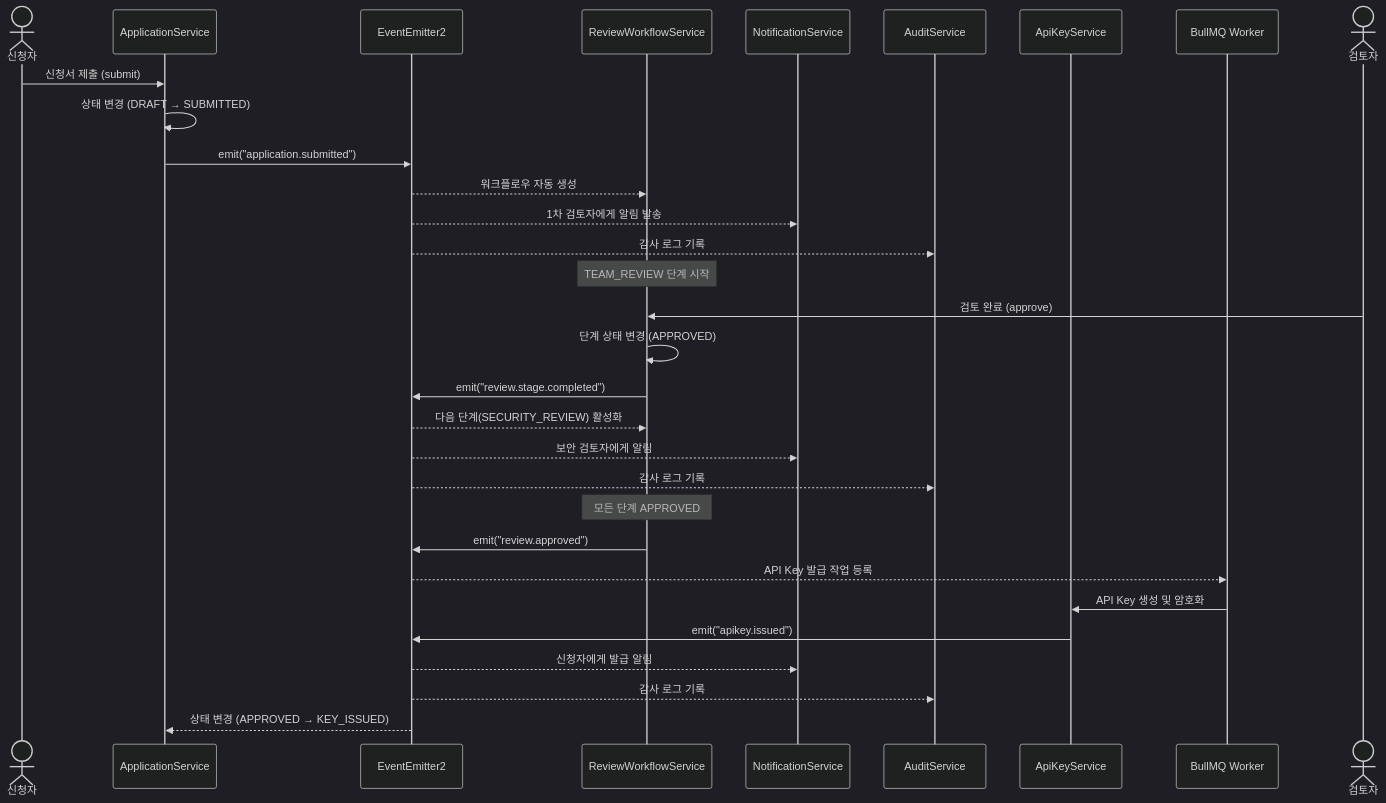
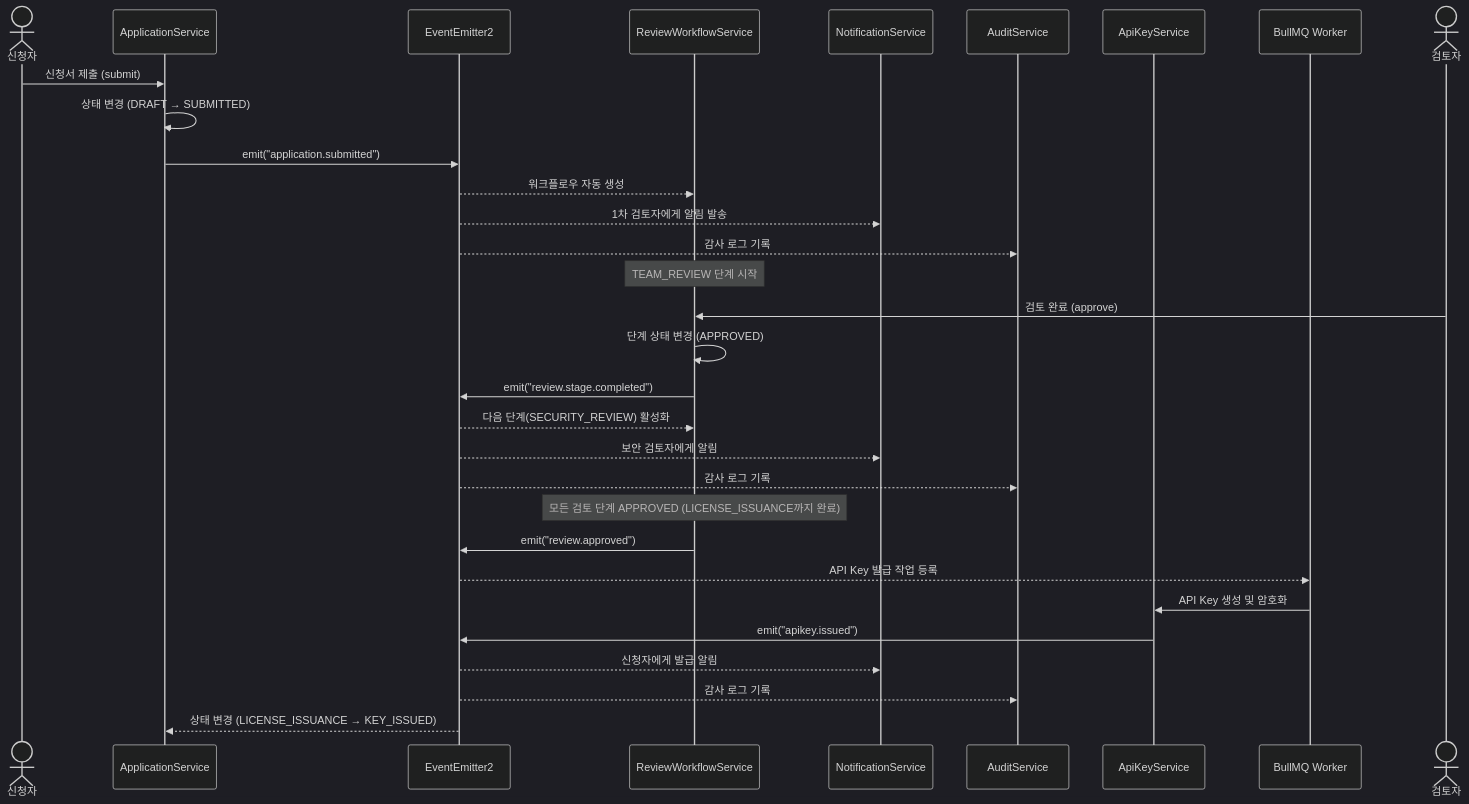
One commit to nuriguri1228/codehub-manage-aitool changed the fifth of 15 diagrams in docs/03_아키텍처_설계서.md. Above: the diagram before and after it, drawn with Mermaid (dark theme). The commit also changed other lines of this file and 10 other files, not shown here.

First line of the commit message:
Implement LICENSE_ISSUANCE feature and update all docs to new review flow

````diff
--- a/docs/03_아키텍처_설계서.md
+++ b/docs/03_아키텍처_설계서.md
@@ -532,38 +532,38 @@
 ```mermaid
 sequenceDiagram
     actor Applicant as 신청자
     participant App as ApplicationService
     participant Event as EventEmitter2
     participant Review as ReviewWorkflowService
     participant Notify as NotificationService
     participant Audit as AuditService
     participant ApiKey as ApiKeyService
     participant Queue as BullMQ Worker
 
     Applicant->>App: 신청서 제출 (submit)
     App->>App: 상태 변경 (DRAFT → SUBMITTED)
     App->>Event: emit("application.submitted")
     Event-->>Review: 워크플로우 자동 생성
     Event-->>Notify: 1차 검토자에게 알림 발송
     Event-->>Audit: 감사 로그 기록
 
     Note over Review: TEAM_REVIEW 단계 시작
 
     actor Reviewer as 검토자
     Reviewer->>Review: 검토 완료 (approve)
     Review->>Review: 단계 상태 변경 (APPROVED)
     Review->>Event: emit("review.stage.completed")
     Event-->>Review: 다음 단계(SECURITY_REVIEW) 활성화
     Event-->>Notify: 보안 검토자에게 알림
     Event-->>Audit: 감사 로그 기록
 
-    Note over Review: 모든 단계 APPROVED
+    Note over Review: 모든 검토 단계 APPROVED (LICENSE_ISSUANCE까지 완료)
 
     Review->>Event: emit("review.approved")
     Event-->>Queue: API Key 발급 작업 등록
     Queue->>ApiKey: API Key 생성 및 암호화
     ApiKey->>Event: emit("apikey.issued")
     Event-->>Notify: 신청자에게 발급 알림
     Event-->>Audit: 감사 로그 기록
-    Event-->>App: 상태 변경 (APPROVED → KEY_ISSUED)
+    Event-->>App: 상태 변경 (LICENSE_ISSUANCE → KEY_ISSUED)
 ```
````
